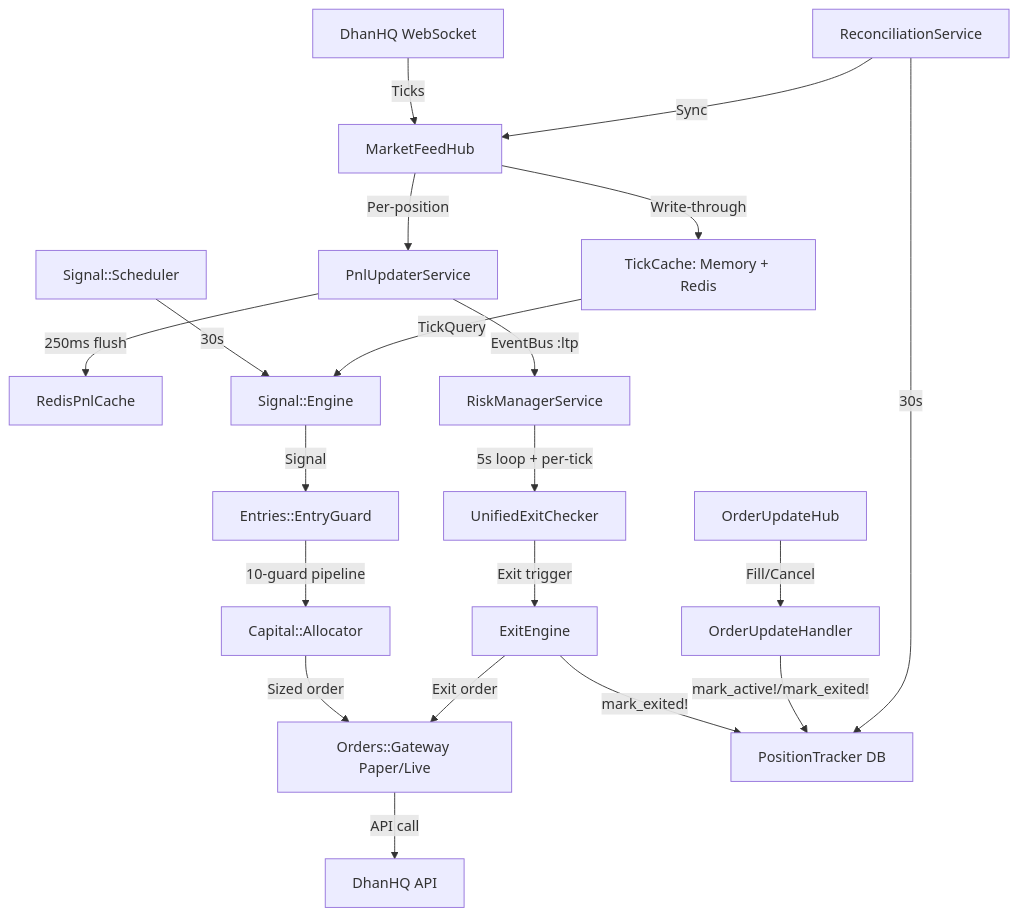
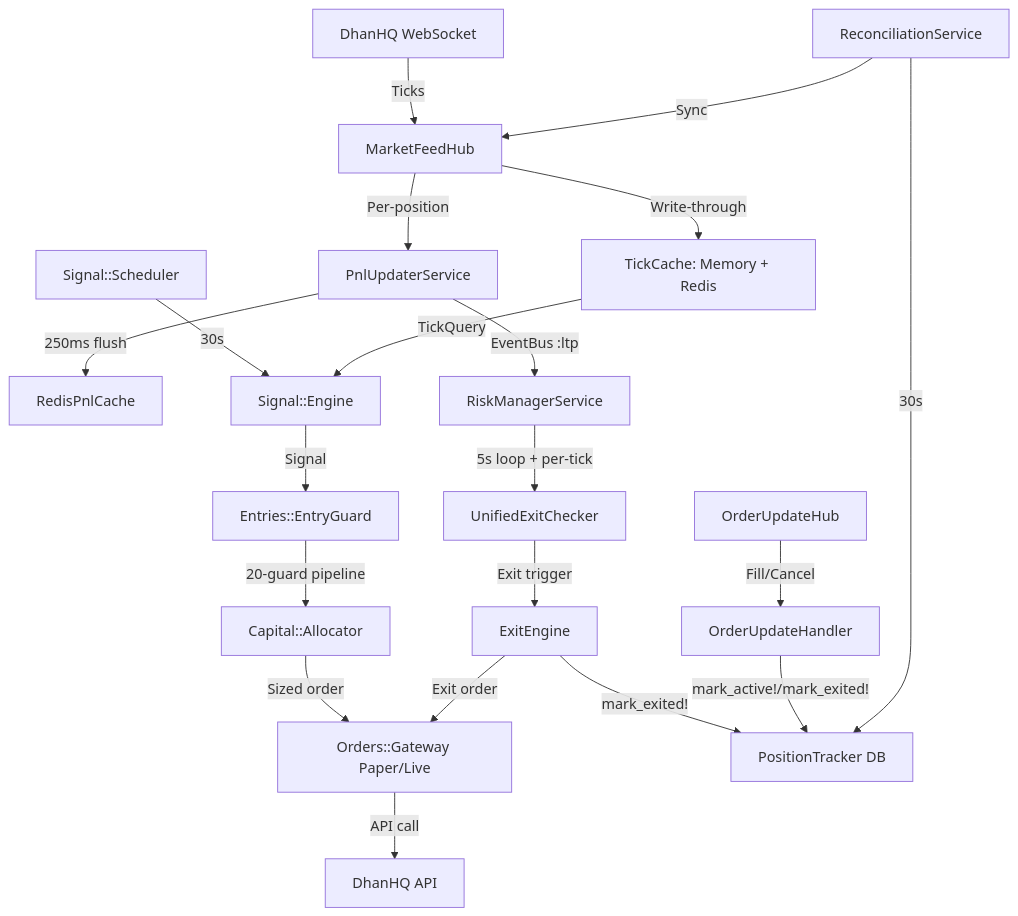
One commit to shubhamtaywade82/algo_scalper_api changed the diagram in docs/architecture/system_overview.md. Above: the diagram before and after it, drawn with Mermaid. The commit also changed other lines of this file and 23 other files, not shown here.

````diff
--- a/docs/architecture/system_overview.md
+++ b/docs/architecture/system_overview.md
@@ -83,26 +86,26 @@
 ```mermaid
 graph TD
     DF[DhanHQ WebSocket] -->|Ticks| MF[MarketFeedHub]
     MF -->|Write-through| TC[TickCache: Memory + Redis]
     MF -->|Per-position| PU[PnlUpdaterService]
     PU -->|250ms flush| RP[RedisPnlCache]
     PU -->|EventBus :ltp| RM[RiskManagerService]
 
     SS[Signal::Scheduler] -->|30s| SE[Signal::Engine]
     TC -->|TickQuery| SE
     SE -->|Signal| EG[Entries::EntryGuard]
-    EG -->|10-guard pipeline| CA[Capital::Allocator]
+    EG -->|20-guard pipeline| CA[Capital::Allocator]
     CA -->|Sized order| GW[Orders::Gateway Paper/Live]
     GW -->|API call| DH[DhanHQ API]
 
     RM -->|5s loop + per-tick| UEC[UnifiedExitChecker]
     UEC -->|Exit trigger| EE[ExitEngine]
     EE -->|Exit order| GW
     EE -->|mark_exited!| PT[PositionTracker DB]
 
     OUH[OrderUpdateHub] -->|Fill/Cancel| OUHd[OrderUpdateHandler]
     OUHd -->|mark_active!/mark_exited!| PT
 
     REC[ReconciliationService] -->|30s| PT
     REC -->|Sync| MF
 ```
````
